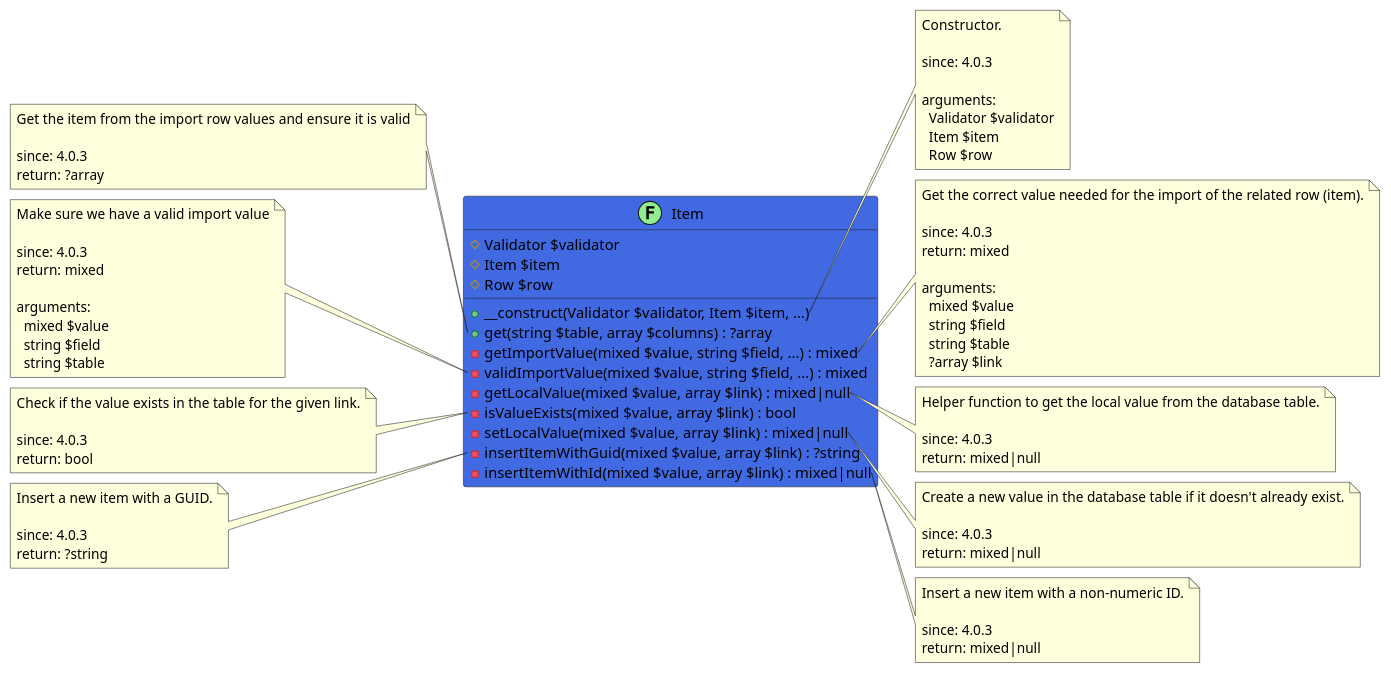
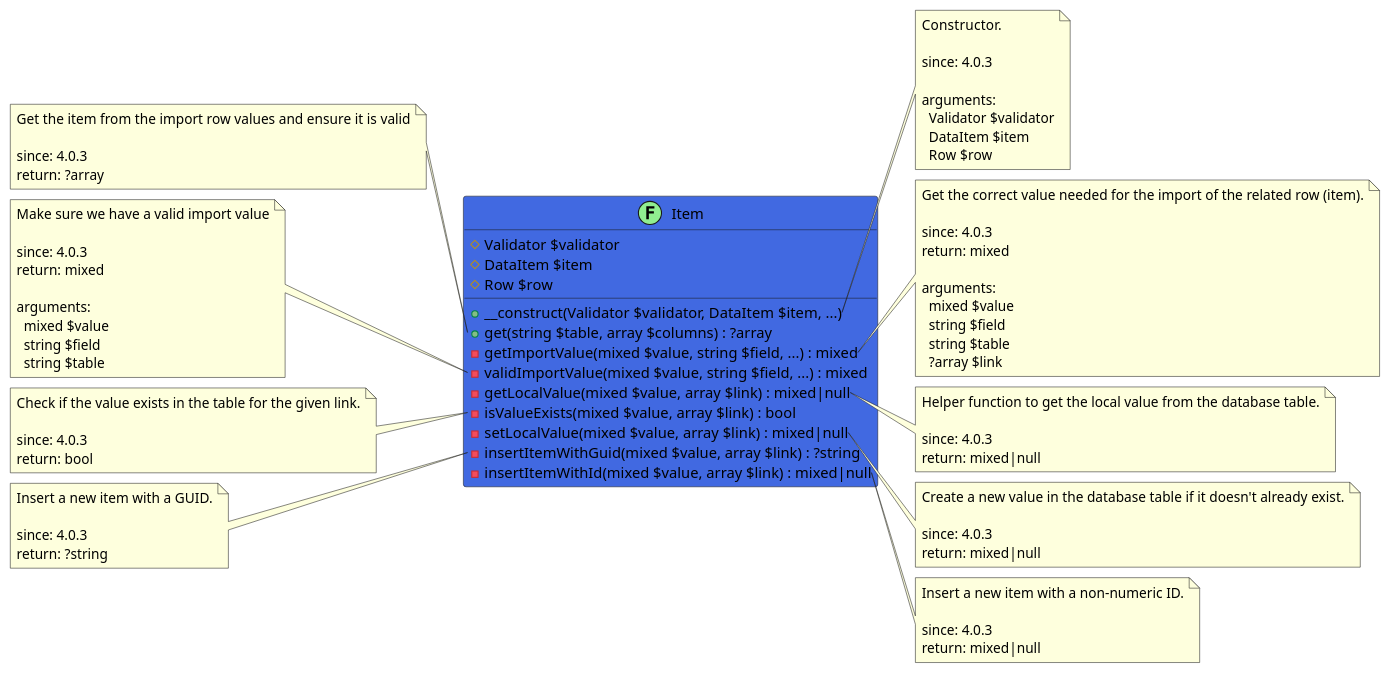
Before and after one commit to joomengine/super-powers: the diagram in src/68a0f9af-265a-4db1-bae9-a4e4531f94d7/README.md, drawn with PlantUML. The commit also changed 53 other files, not shown here.

```diff
--- a/src/68a0f9af-265a-4db1-bae9-a4e4531f94d7/README.md
+++ b/src/68a0f9af-265a-4db1-bae9-a4e4531f94d7/README.md
@@ -13,9 +13,9 @@
 @startuml
 class Item << (F,LightGreen) >> #RoyalBlue {
   # Validator $validator
-  # Item $item
+  # DataItem $item
   # Row $row
-  + __construct(Validator $validator, Item $item, ...)
+  + __construct(Validator $validator, DataItem $item, ...)
   + get(string $table, array $columns) : ?array
   - getImportValue(mixed $value, string $field, ...) : mixed
   - validImportValue(mixed $value, string $field, ...) : mixed
@@ -33,7 +33,7 @@
   
   arguments:
     Validator $validator
-    Item $item
+    DataItem $item
     Row $row
 end note
 
```
